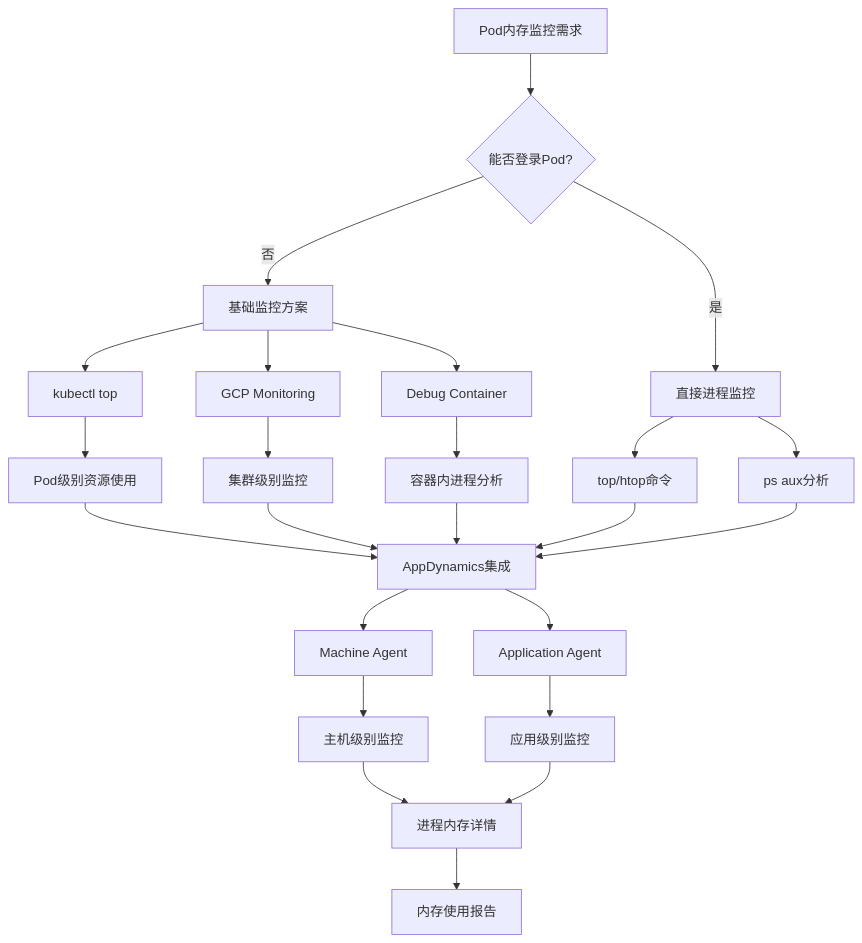
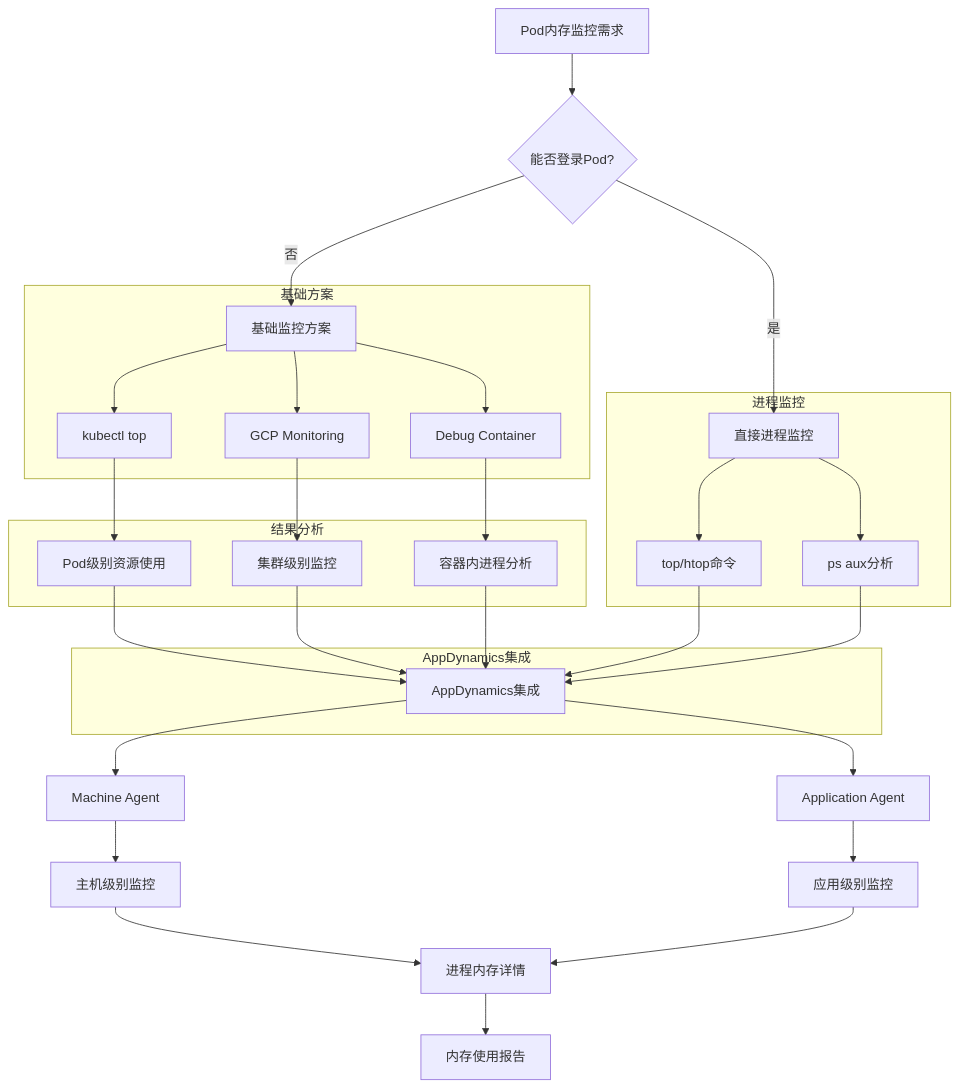
Before and after one commit to aibangjuxin/knowledge: the diagram in monitor/monitor-memory.md, drawn with Mermaid. The commit also changed other lines of this file and 15 other files, not shown here.

````diff
--- a/monitor/monitor-memory.md
+++ b/monitor/monitor-memory.md
@@ -194,34 +214,42 @@
 ```mermaid
 flowchart TD
     A[Pod内存监控需求] --> B{能否登录Pod?}
     B -->|否| C[基础监控方案]
     B -->|是| D[直接进程监控]
-    
-    C --> E[kubectl top]
-    C --> F[GCP Monitoring]
-    C --> G[Debug Container]
-    
-    E --> H[Pod级别资源使用]
-    F --> I[集群级别监控]
-    G --> J[容器内进程分析]
-    
-    D --> K[top/htop命令]
-    D --> L[ps aux分析]
-    
-    H --> M[AppDynamics集成]
-    I --> M
-    J --> M
-    K --> M
-    L --> M
-    
+
+    subgraph 基础方案
+        C --> E[kubectl top]
+        C --> F[GCP Monitoring]
+        C --> G[Debug Container]
+    end
+
+    subgraph 进程监控
+        D --> K[top/htop命令]
+        D --> L[ps aux分析]
+    end
+
+    subgraph 结果分析
+        E --> H[Pod级别资源使用]
+        F --> I[集群级别监控]
+        G --> J[容器内进程分析]
+    end
+
+    subgraph AppDynamics集成
+        H --> M[AppDynamics集成]
+        I --> M
+        J --> M
+        K --> M
+        L --> M
+    end
+
     M --> N[Machine Agent]
     M --> O[Application Agent]
-    
+
     N --> P[主机级别监控]
     O --> Q[应用级别监控]
-    
+
     P --> R[进程内存详情]
     Q --> R
-    
+
     R --> S[内存使用报告]
 ```
````
